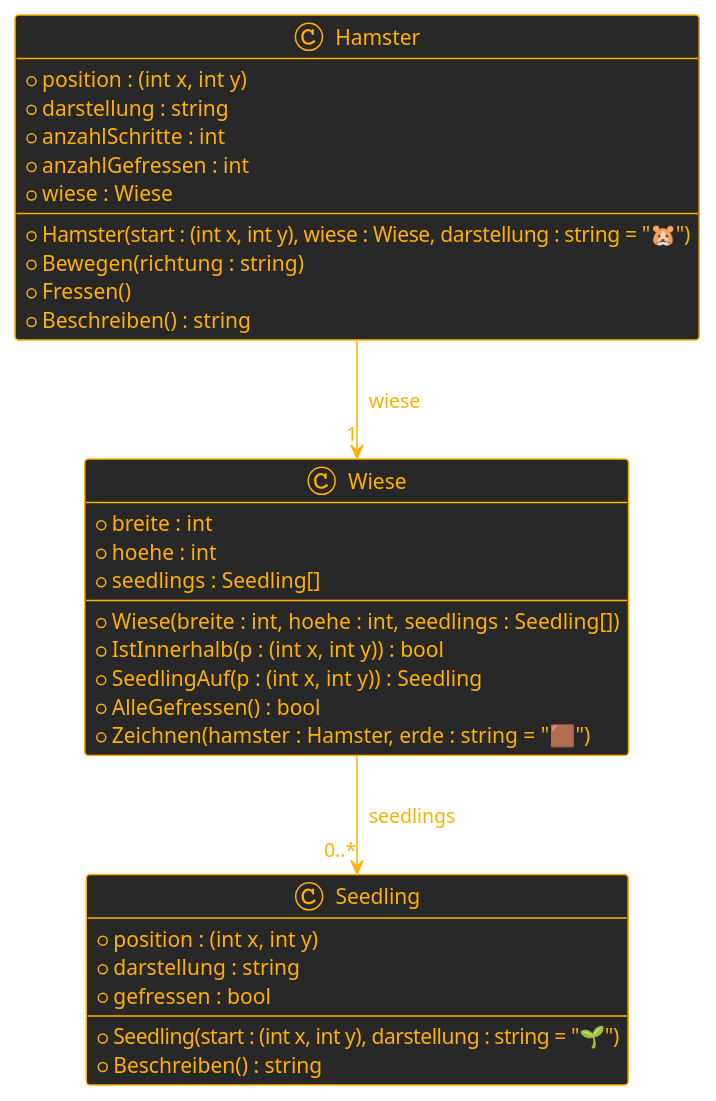
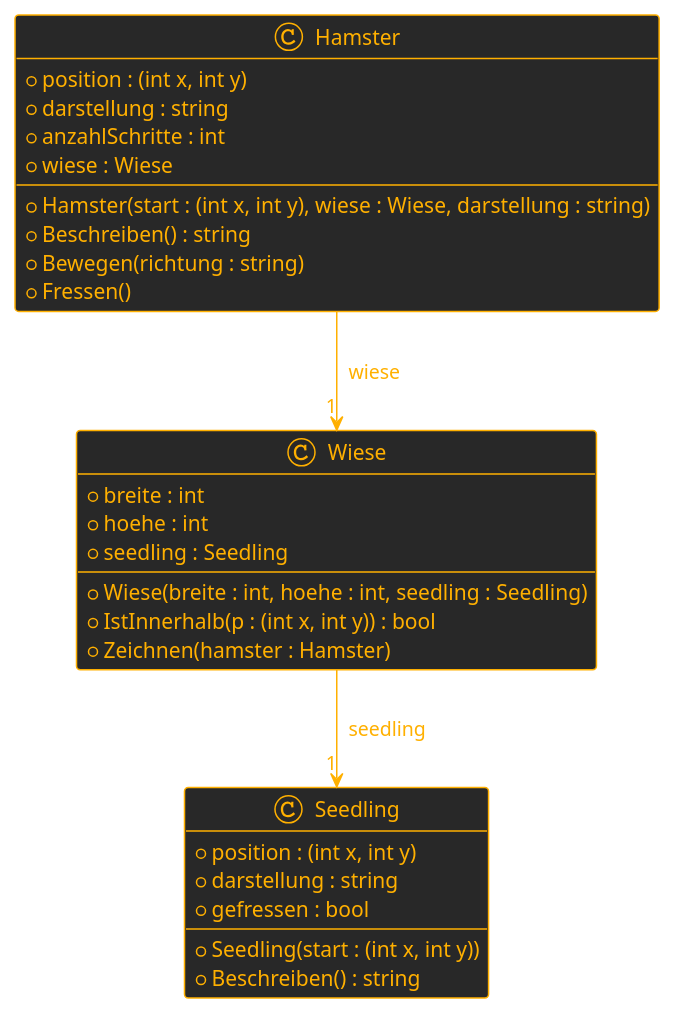
The diagram in JahrGang2/L04-KlassenUndObjekte/Aufgabe01-Hamsterwiese/Angabe.md (MrStrelow/HTL-POS), drawn with PlantUML before and after one commit. The commit also changed other lines of this file and 12 other files, not shown here.

````diff
--- a/JahrGang2/L04-KlassenUndObjekte/Aufgabe01-Hamsterwiese/Angabe.md
+++ b/JahrGang2/L04-KlassenUndObjekte/Aufgabe01-Hamsterwiese/Angabe.md
@@ -39,43 +37,40 @@
 ```plantuml {align="center"}
 @startuml
 !theme crt-amber
 skinparam backgroundColor transparent
 
 class Seedling {
   + position : (int x, int y)
   + darstellung : string
   + gefressen : bool
   --
-  + Seedling(start : (int x, int y), darstellung : string = "🌱")
+  + Seedling(start : (int x, int y))
   + Beschreiben() : string
 }
 
 class Wiese {
   + breite : int
   + hoehe : int
-  + seedlings : Seedling[]
+  + seedling : Seedling
   --
-  + Wiese(breite : int, hoehe : int, seedlings : Seedling[])
+  + Wiese(breite : int, hoehe : int, seedling : Seedling)
   + IstInnerhalb(p : (int x, int y)) : bool
-  + SeedlingAuf(p : (int x, int y)) : Seedling
-  + AlleGefressen() : bool
-  + Zeichnen(hamster : Hamster, erde : string = "🟫")
+  + Zeichnen(hamster : Hamster)
 }
 
 class Hamster {
   + position : (int x, int y)
   + darstellung : string
   + anzahlSchritte : int
-  + anzahlGefressen : int
   + wiese : Wiese
   --
-  + Hamster(start : (int x, int y), wiese : Wiese, darstellung : string = "🐹")
+  + Hamster(start : (int x, int y), wiese : Wiese, darstellung : string)
+  + Beschreiben() : string
   + Bewegen(richtung : string)
   + Fressen()
-  + Beschreiben() : string
 }
 
 Hamster --> "1" Wiese : "  wiese"
-Wiese --> "0..*" Seedling : "  seedlings"
+Wiese --> "1" Seedling : "  seedling"
 @enduml
 ```
````
